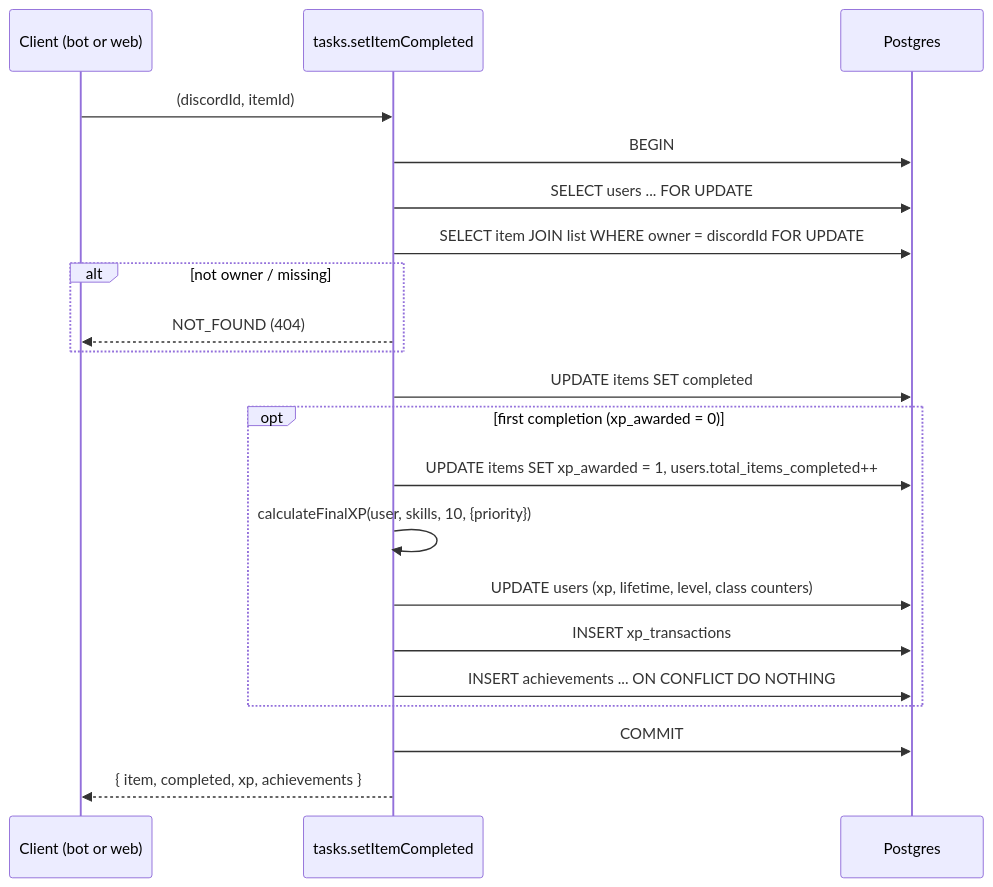
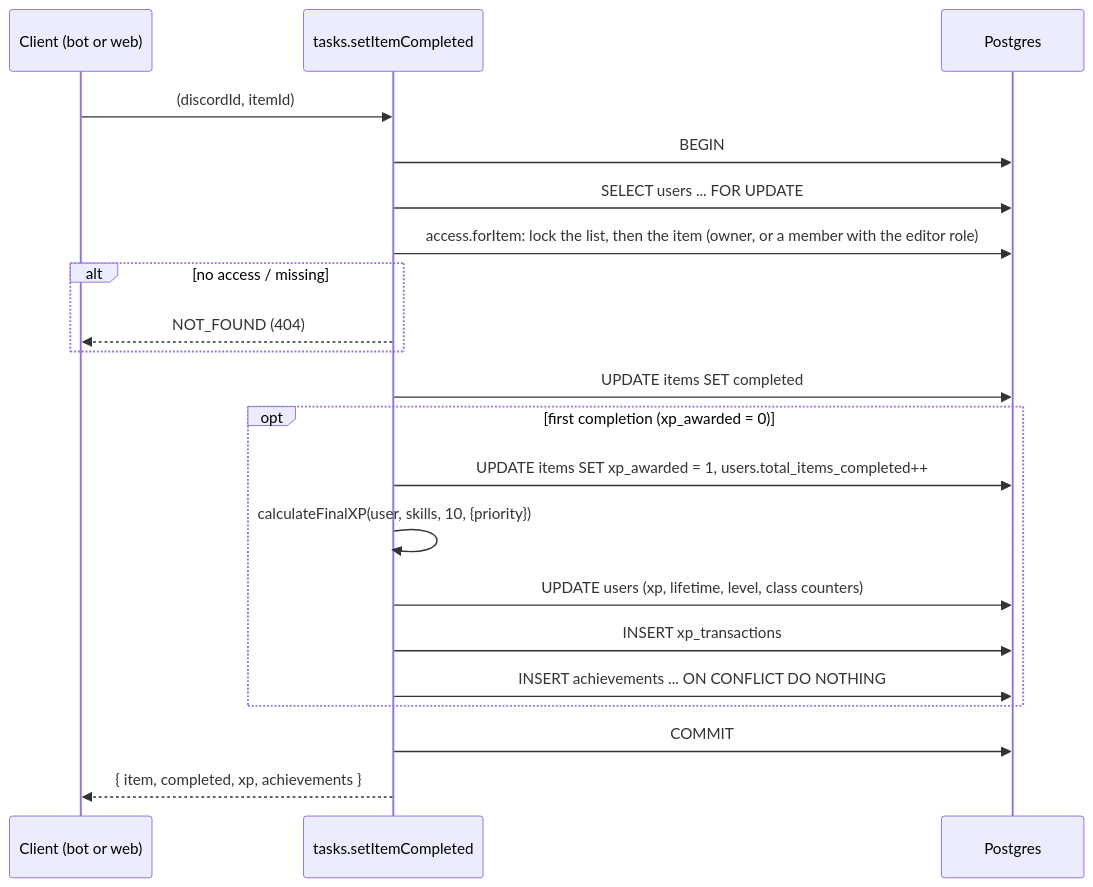
One commit to Mist10148/TaskQuest-Application changed the second of 2 diagrams in docs/ARCHITECTURE.md. Above: the diagram before and after it, drawn with Mermaid. The commit also changed other lines of this file and 2 other files, not shown here.

First line of the commit message:
docs: architecture matches the code, and four new known issues

````diff
--- a/docs/ARCHITECTURE.md
+++ b/docs/ARCHITECTURE.md
@@ -131,23 +131,23 @@
 ```mermaid
 sequenceDiagram
     participant C as Client (bot or web)
     participant S as tasks.setItemCompleted
     participant DB as Postgres
     C->>S: (discordId, itemId)
     S->>DB: BEGIN
     S->>DB: SELECT users ... FOR UPDATE
-    S->>DB: SELECT item JOIN list WHERE owner = discordId FOR UPDATE
-    alt not owner / missing
+    S->>DB: access.forItem: lock the list, then the item (owner, or a member with the editor role)
+    alt no access / missing
         S-->>C: NOT_FOUND (404)
     end
     S->>DB: UPDATE items SET completed
     opt first completion (xp_awarded = 0)
         S->>DB: UPDATE items SET xp_awarded = 1, users.total_items_completed++
         S->>S: calculateFinalXP(user, skills, 10, {priority})
         S->>DB: UPDATE users (xp, lifetime, level, class counters)
         S->>DB: INSERT xp_transactions
         S->>DB: INSERT achievements ... ON CONFLICT DO NOTHING
     end
     S->>DB: COMMIT
     S-->>C: { item, completed, xp, achievements }
 ```
````
